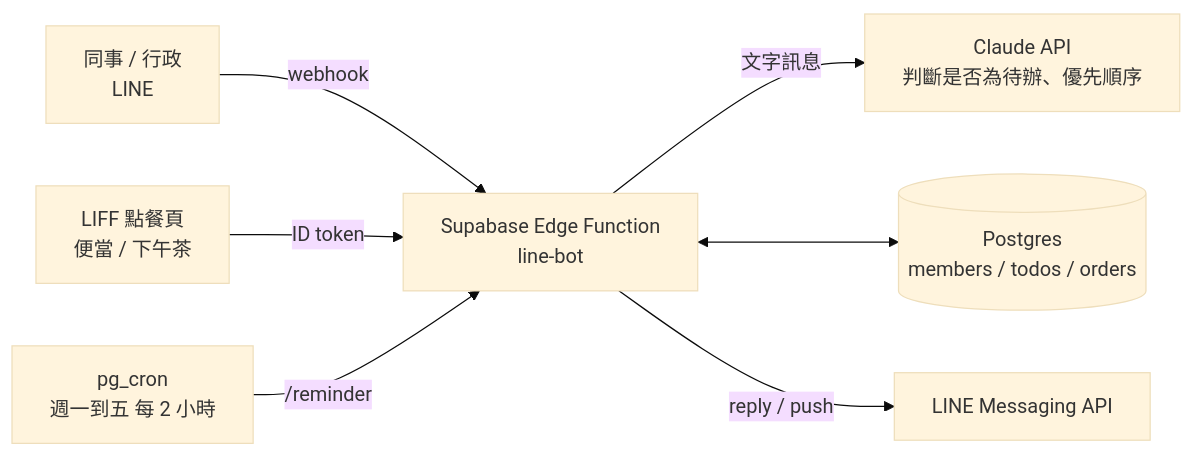
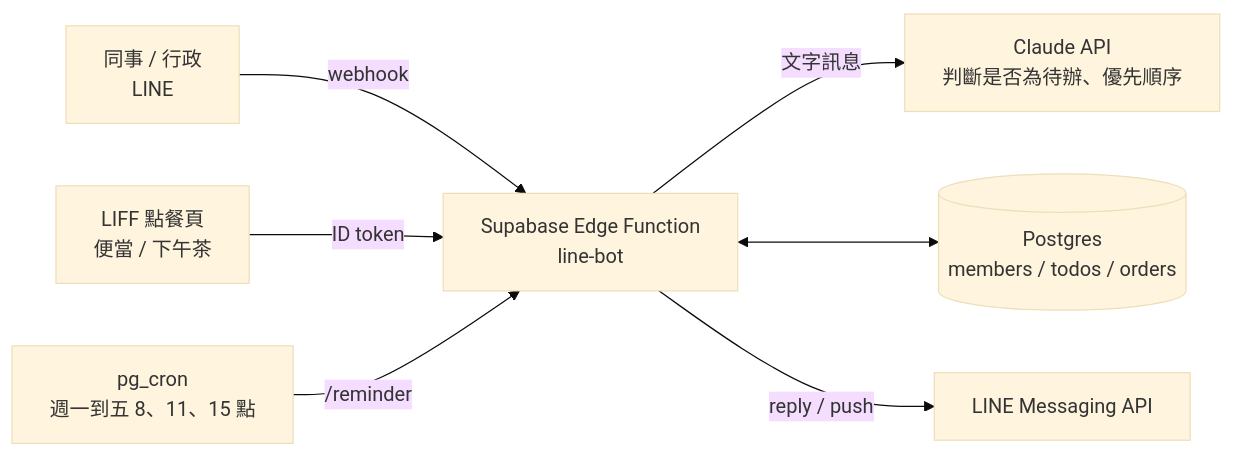
The diagram in docs/line-bot-setup.md (boawao/workflow), drawn with Mermaid (base theme) before and after one commit. The commit also changed other lines of this file and 3 other files, not shown here.

````diff
--- a/docs/line-bot-setup.md
+++ b/docs/line-bot-setup.md
@@ -106,9 +107,9 @@
 ```mermaid
 flowchart LR
     U["同事 / 行政<br/>LINE"] -->|webhook| F["Supabase Edge Function<br/>line-bot"]
     F -->|文字訊息| C["Claude API<br/>判斷是否為待辦、優先順序"]
     F <--> D[("Postgres<br/>members / todos / orders")]
     P["LIFF 點餐頁<br/>便當 / 下午茶"] -->|ID token| F
-    K["pg_cron<br/>週一到五 每 2 小時"] -->|/reminder| F
+    K["pg_cron<br/>週一到五 8、11、15 點"] -->|/reminder| F
     F -->|reply / push| L["LINE Messaging API"]
 ```
````
